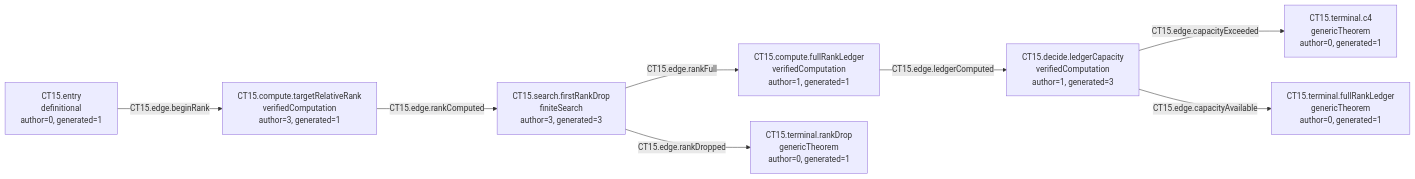
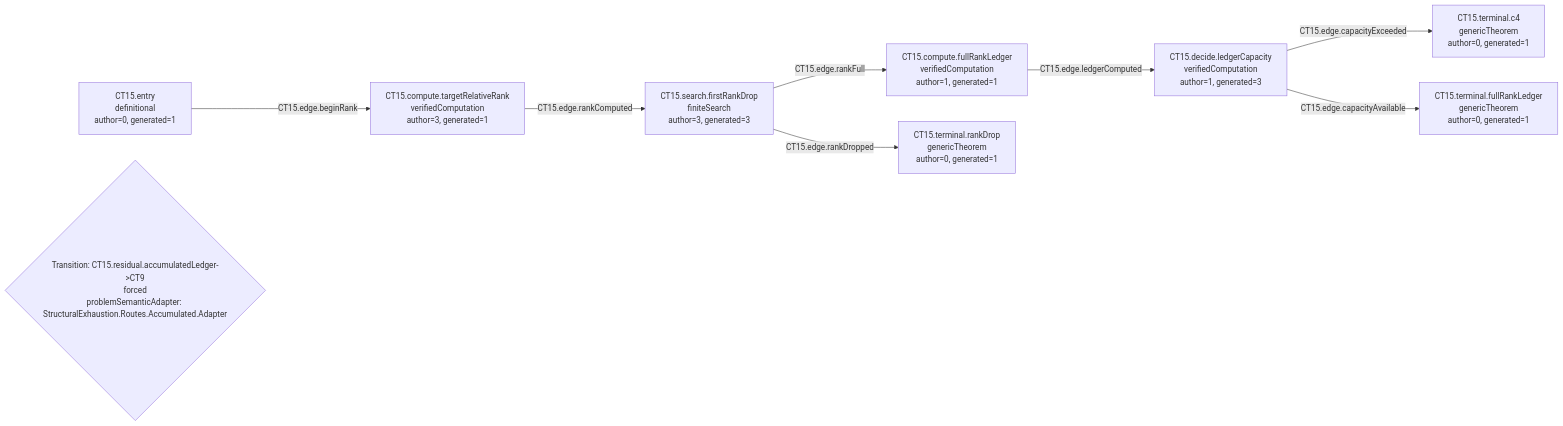
Before and after one commit to Guillemdb/structural_exhaustion: the diagram in generated/mermaid/CT15.mmd, drawn with Mermaid. The commit also changed 189 other files, not shown here.

```diff
--- a/generated/mermaid/CT15.mmd
+++ b/generated/mermaid/CT15.mmd
@@ -1,16 +1,17 @@
 flowchart LR
   N1["CT15.entry<br/>definitional<br/>author=0, generated=1"]
   N2["CT15.compute.targetRelativeRank<br/>verifiedComputation<br/>author=3, generated=1"]
   N3["CT15.search.firstRankDrop<br/>finiteSearch<br/>author=3, generated=3"]
   N4["CT15.compute.fullRankLedger<br/>verifiedComputation<br/>author=1, generated=1"]
   N5["CT15.decide.ledgerCapacity<br/>verifiedComputation<br/>author=1, generated=3"]
   N6["CT15.terminal.rankDrop<br/>genericTheorem<br/>author=0, generated=1"]
   N7["CT15.terminal.c4<br/>genericTheorem<br/>author=0, generated=1"]
   N8["CT15.terminal.fullRankLedger<br/>genericTheorem<br/>author=0, generated=1"]
   N1 -->|CT15.edge.beginRank| N2
   N2 -->|CT15.edge.rankComputed| N3
   N3 -->|CT15.edge.rankDropped| N6
   N3 -->|CT15.edge.rankFull| N4
   N4 -->|CT15.edge.ledgerComputed| N5
   N5 -->|CT15.edge.capacityExceeded| N7
   N5 -->|CT15.edge.capacityAvailable| N8
+  P1{"Transition: CT15.residual.accumulatedLedger->CT9<br/>forced<br/>problemSemanticAdapter: StructuralExhaustion.Routes.Accumulated.Adapter"}
```
